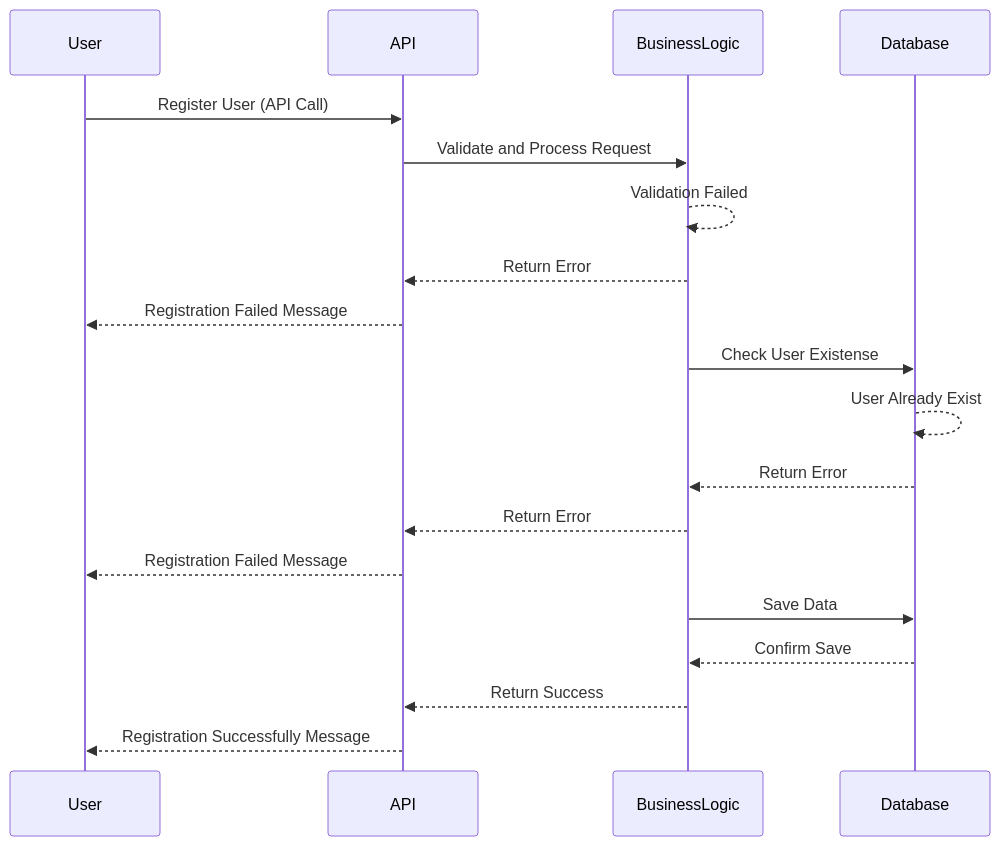
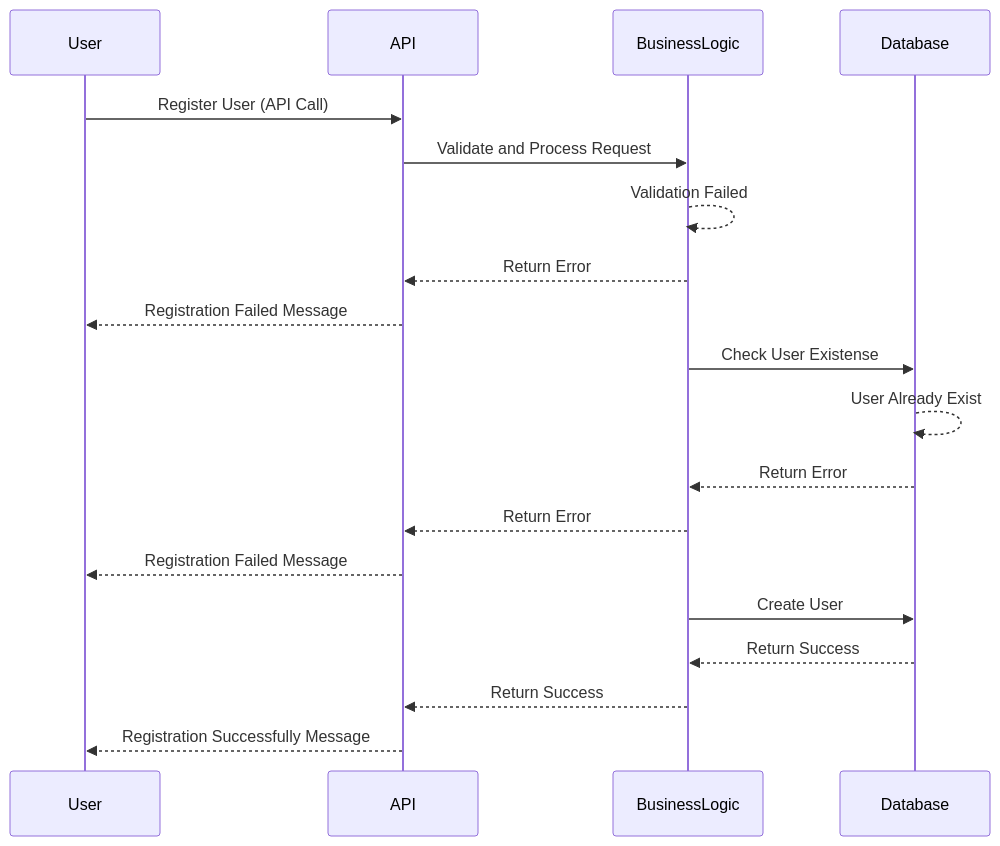
The third of 6 diagrams in README.md (feratholberton/holbertonschool-hbnb), drawn with Mermaid before and after one commit. The commit also changed other lines of this file, not shown here.

Commit message:
Place Creation sequence

````diff
--- a/README.md
+++ b/README.md
@@ -148,24 +148,24 @@
 ```mermaid
 sequenceDiagram
 participant User
 participant API
 participant BusinessLogic
 participant Database
 
 User ->> API : Register User (API Call)
 API ->> BusinessLogic : Validate and Process Request
 BusinessLogic -->> BusinessLogic : Validation Failed
 BusinessLogic -->> API : Return Error
 API -->> User : Registration Failed Message
 
 BusinessLogic ->> Database : Check User Existense
 Database -->> Database : User Already Exist
 Database -->> BusinessLogic : Return Error
 BusinessLogic -->> API : Return Error
 API -->> User : Registration Failed Message
 
-BusinessLogic ->> Database : Save Data
-Database -->> BusinessLogic : Confirm Save
+BusinessLogic ->> Database : Create User
+Database -->> BusinessLogic : Return Success
 BusinessLogic -->> API : Return Success
 API -->> User : Registration Successfully Message
 ```
````
